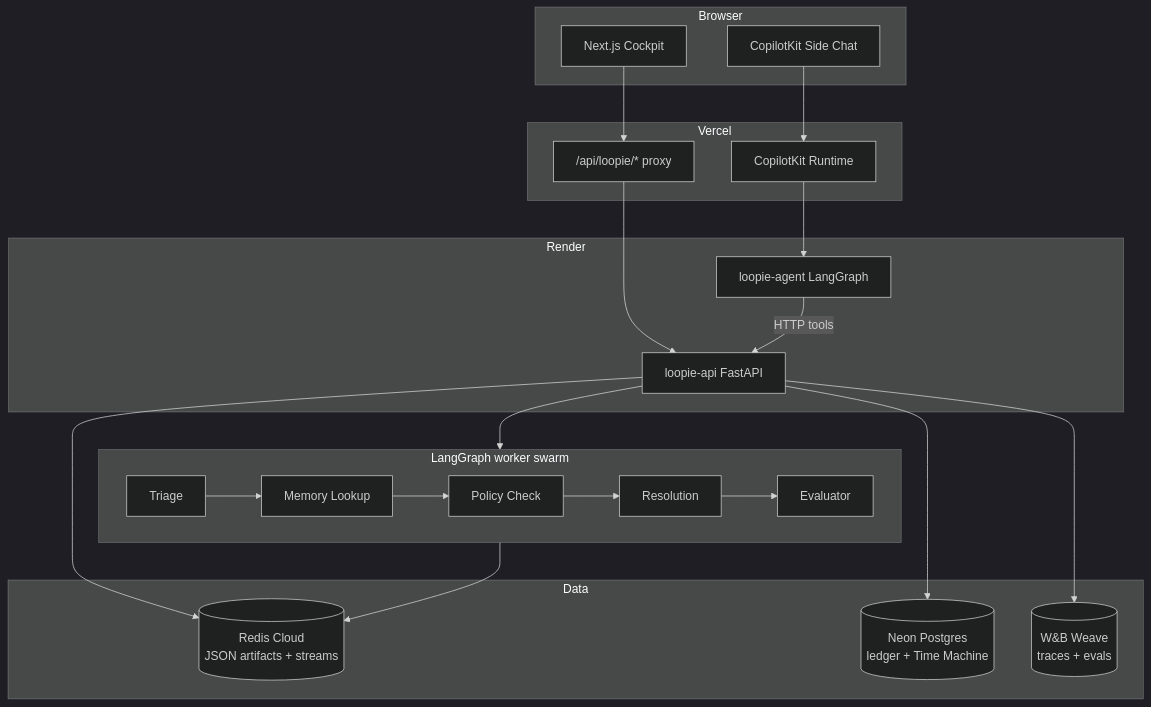
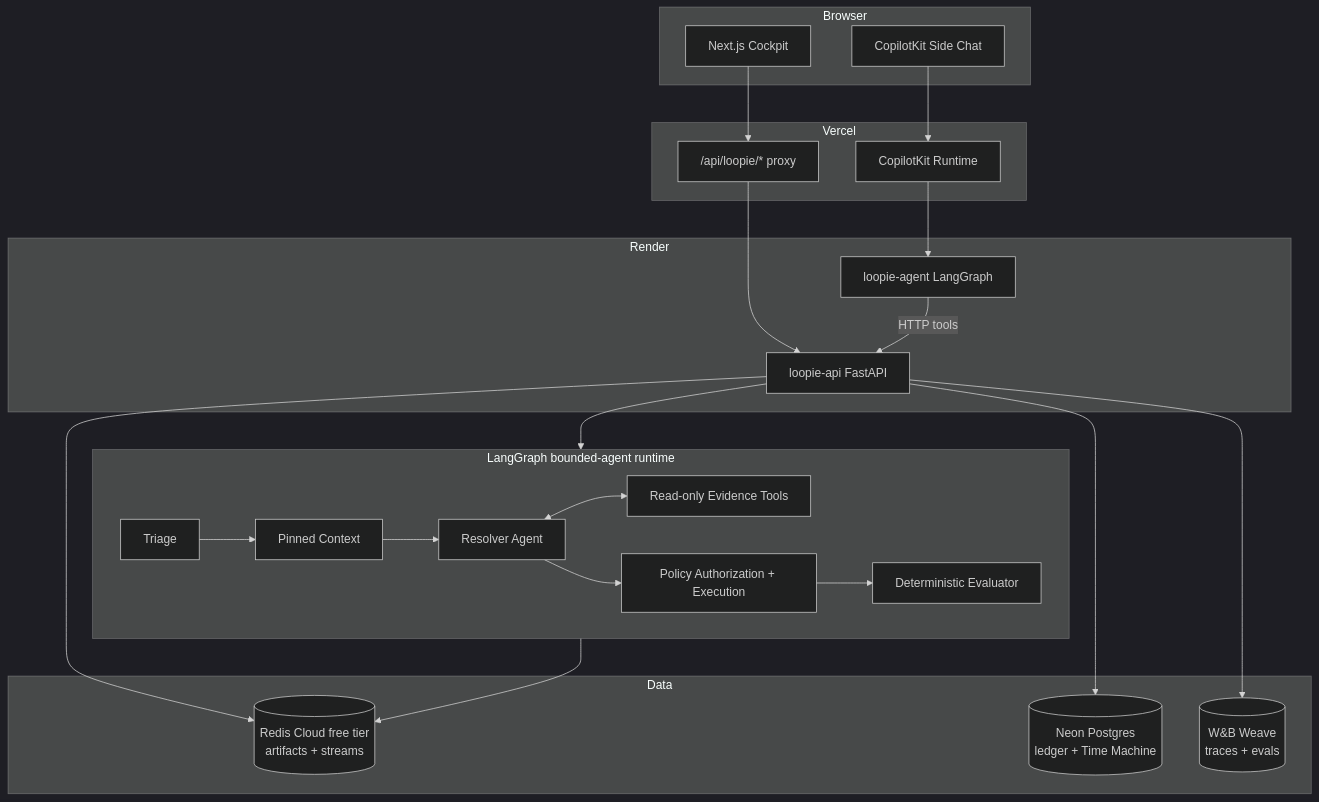
One commit to kathangabani-nyu/Loopie changed the diagram in README.md. Above: the diagram before and after it, drawn with Mermaid (dark theme). The commit also changed other lines of this file and 55 other files, not shown here.

Commit message:
build bounded agent reliability runtime

````diff
--- a/README.md
+++ b/README.md
@@ -36,39 +36,40 @@
 ```mermaid
 flowchart TB
   subgraph Browser
     UI[Next.js Cockpit]
     Chat[CopilotKit Side Chat]
   end
 
   subgraph Vercel
     Proxy["/api/loopie/* proxy"]
     CK[CopilotKit Runtime]
   end
 
   subgraph Render
     API[loopie-api FastAPI]
     Agent[loopie-agent LangGraph]
   end
 
   subgraph Data
-    Redis[(Redis Cloud<br/>JSON artifacts + streams)]
+    Redis[(Redis Cloud free tier<br/>artifacts + streams)]
     PG[(Neon Postgres<br/>ledger + Time Machine)]
     W&B[(W&B Weave<br/>traces + evals)]
   end
 
-  subgraph Swarm["LangGraph worker swarm"]
-    T[Triage] --> M[Memory Lookup]
-    M --> P[Policy Check]
-    P --> R[Resolution]
-    R --> E[Evaluator]
+  subgraph Swarm["LangGraph bounded-agent runtime"]
+    T[Triage] --> C[Pinned Context]
+    C --> R[Resolver Agent]
+    R <--> ET[Read-only Evidence Tools]
+    R --> X[Policy Authorization + Execution]
+    X --> E[Deterministic Evaluator]
   end
 
   UI --> Proxy --> API
   Chat --> CK --> Agent
   Agent -->|HTTP tools| API
   API --> Swarm
   API --> Redis
   API --> PG
   API --> W&B
   Swarm --> Redis
 ```
````
